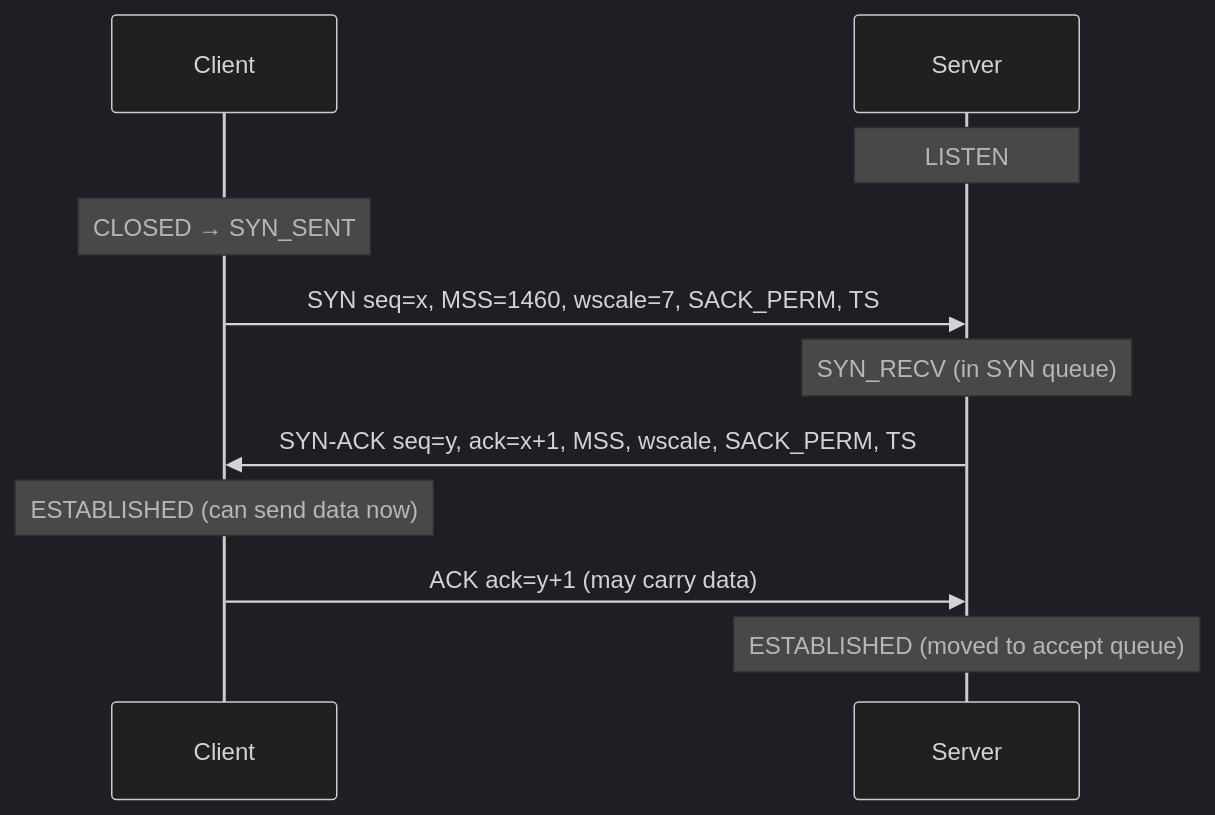
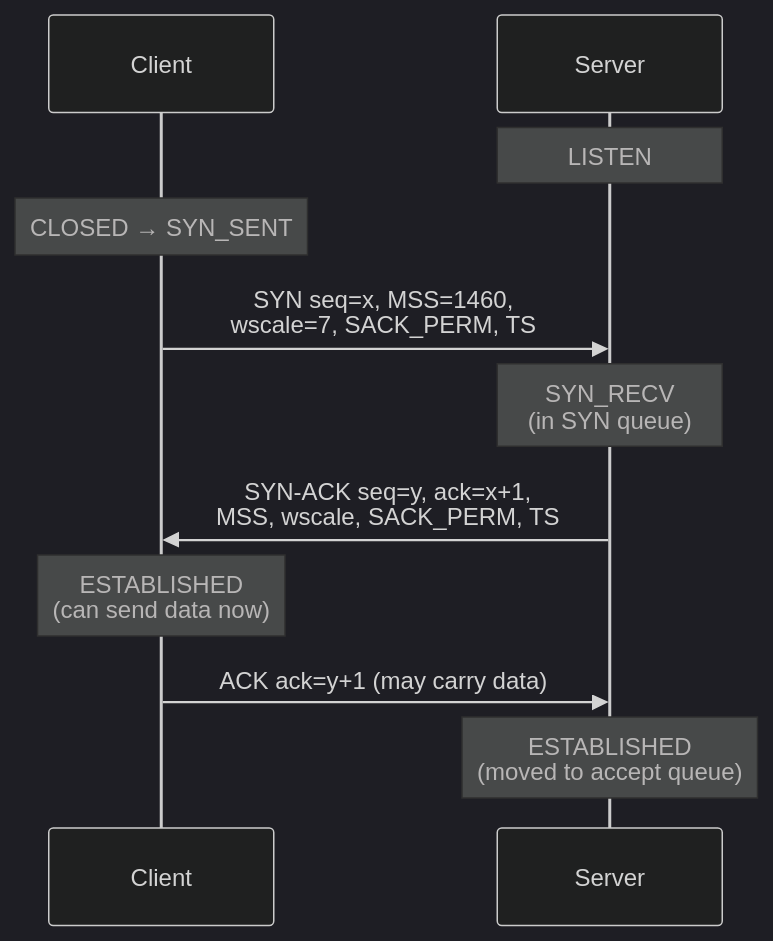
Before and after one commit to Siva010/CoreCS: the diagram in content/lessons/cn/cn-tcp-handshake.md, drawn with Mermaid (dark theme). The commit also changed 19 other files, not shown here.

First line of the commit message:
Merge the OS and Networks diagram readability fixes

````diff
--- a/content/lessons/cn/cn-tcp-handshake.md
+++ b/content/lessons/cn/cn-tcp-handshake.md
@@ -59,13 +59,13 @@
 ```mermaid
 sequenceDiagram
     participant C as Client
     participant S as Server
     Note over S: LISTEN
     Note over C: CLOSED → SYN_SENT
-    C->>S: SYN seq=x, MSS=1460, wscale=7, SACK_PERM, TS
-    Note over S: SYN_RECV (in SYN queue)
-    S->>C: SYN-ACK seq=y, ack=x+1, MSS, wscale, SACK_PERM, TS
-    Note over C: ESTABLISHED (can send data now)
+    C->>S: SYN seq=x, MSS=1460,<br/>wscale=7, SACK_PERM, TS
+    Note over S: SYN_RECV<br/>(in SYN queue)
+    S->>C: SYN-ACK seq=y, ack=x+1,<br/>MSS, wscale, SACK_PERM, TS
+    Note over C: ESTABLISHED<br/>(can send data now)
     C->>S: ACK ack=y+1 (may carry data)
-    Note over S: ESTABLISHED (moved to accept queue)
+    Note over S: ESTABLISHED<br/>(moved to accept queue)
 ```
````
